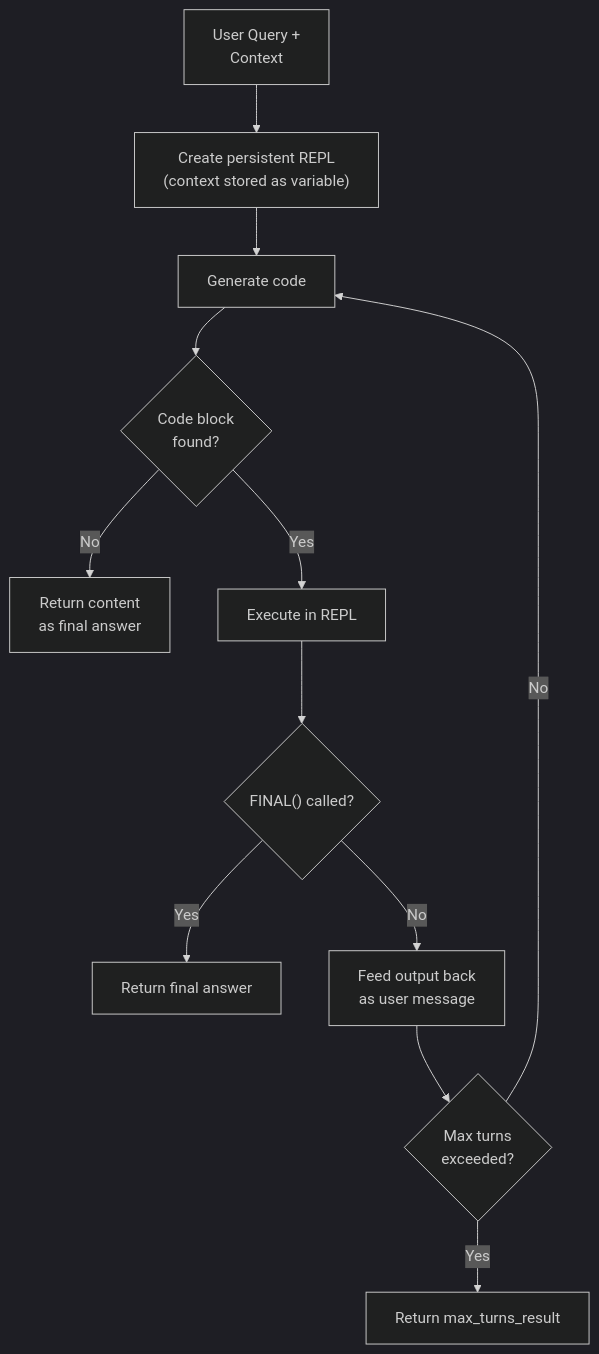
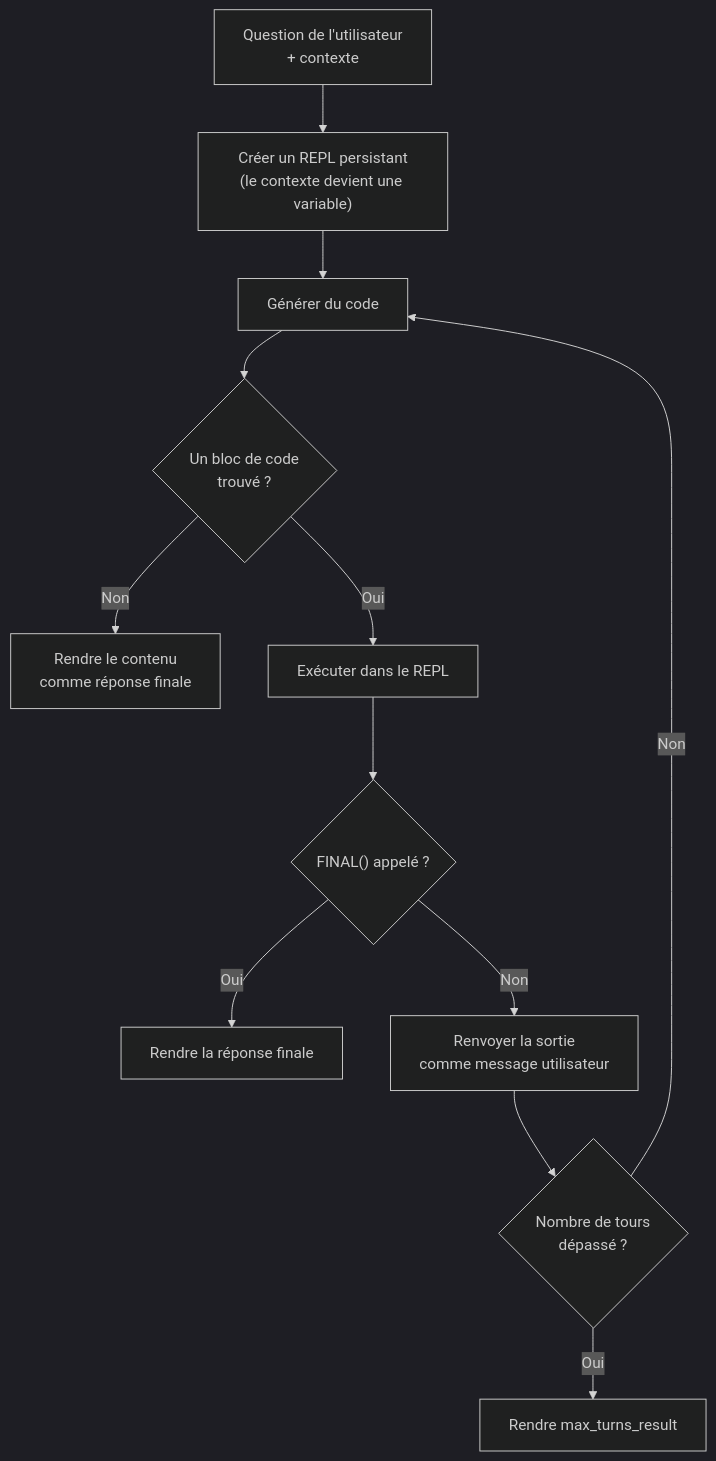
The fourth of 6 diagrams in docs/architecture/agents.md (carlitoetienne01-spec/Diapason), drawn with Mermaid (dark theme) before and after one commit. The commit also changed other lines of this file and 257 other files, not shown here.

````diff
--- a/docs/architecture/agents.md
+++ b/docs/architecture/agents.md
@@ -293,14 +293,14 @@
 ```mermaid
 graph TD
-    Q["User Query +<br/>Context"] --> REPL["Create persistent REPL<br/>(context stored as variable)"]
-    REPL --> GEN["Generate code"]
-    GEN --> CODE{"Code block<br/>found?"}
-    CODE -->|No| DONE["Return content<br/>as final answer"]
-    CODE -->|Yes| EXEC["Execute in REPL"]
-    EXEC --> TERM{"FINAL() called?"}
-    TERM -->|Yes| RESULT["Return final answer"]
-    TERM -->|No| FEED["Feed output back<br/>as user message"]
-    FEED --> MAXCHECK{"Max turns<br/>exceeded?"}
-    MAXCHECK -->|No| GEN
-    MAXCHECK -->|Yes| TIMEOUT["Return max_turns_result"]
+    Q["Question de l'utilisateur<br/>+ contexte"] --> REPL["Créer un REPL persistant<br/>(le contexte devient une variable)"]
+    REPL --> GEN["Générer du code"]
+    GEN --> CODE{"Un bloc de code<br/>trouvé ?"}
+    CODE -->|Non| DONE["Rendre le contenu<br/>comme réponse finale"]
+    CODE -->|Oui| EXEC["Exécuter dans le REPL"]
+    EXEC --> TERM{"FINAL() appelé ?"}
+    TERM -->|Oui| RESULT["Rendre la réponse finale"]
+    TERM -->|Non| FEED["Renvoyer la sortie<br/>comme message utilisateur"]
+    FEED --> MAXCHECK{"Nombre de tours<br/>dépassé ?"}
+    MAXCHECK -->|Non| GEN
+    MAXCHECK -->|Oui| TIMEOUT["Rendre max_turns_result"]
 ```
````
